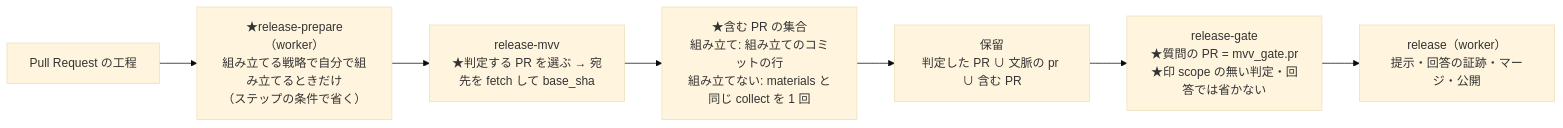
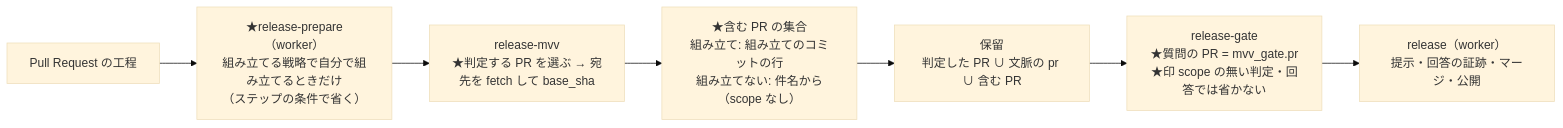
The second of 3 diagrams in issues/issue-4105-design.md (devbasex/ai-plugins), drawn with Mermaid (base theme) before and after one commit. The commit also changed other lines of this file and 1 other file, not shown here.

````diff
--- a/issues/issue-4105-design.md
+++ b/issues/issue-4105-design.md
@@ -48,9 +48,9 @@
 ```mermaid
 graph LR
   PRM["Pull Request の工程"] --> PREP["★release-prepare（worker）<br>組み立てる戦略で自分で組み立てるときだけ<br>（ステップの条件で省く）"]
   PREP --> MVV["release-mvv<br>★判定する PR を選ぶ → 宛先を fetch して base_sha"]
-  MVV --> SC["★含む PR の集合<br>組み立て: 組み立てのコミットの行<br>組み立てない: materials と同じ collect を 1 回"]
+  MVV --> SC["★含む PR の集合<br>組み立て: 組み立てのコミットの行<br>組み立てない: 件名から（scope なし）"]
   SC --> H["保留<br>判定した PR ∪ 文脈の pr ∪ 含む PR"]
   H --> GATE["release-gate<br>★質問の PR = mvv_gate.pr<br>★印 scope の無い判定・回答では省かない"]
   GATE --> REL["release（worker）<br>提示・回答の証跡・マージ・公開"]
 ```
````
